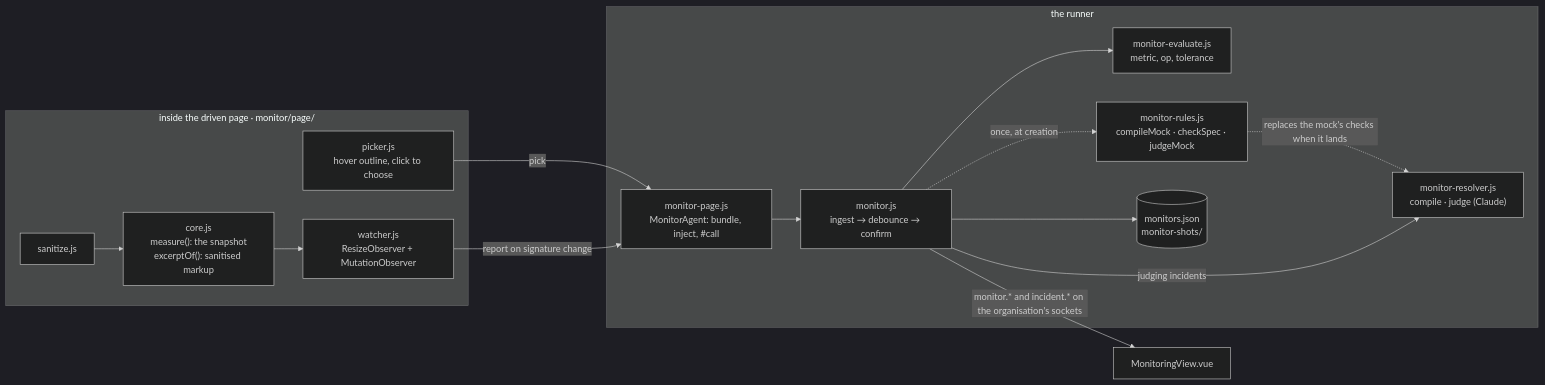
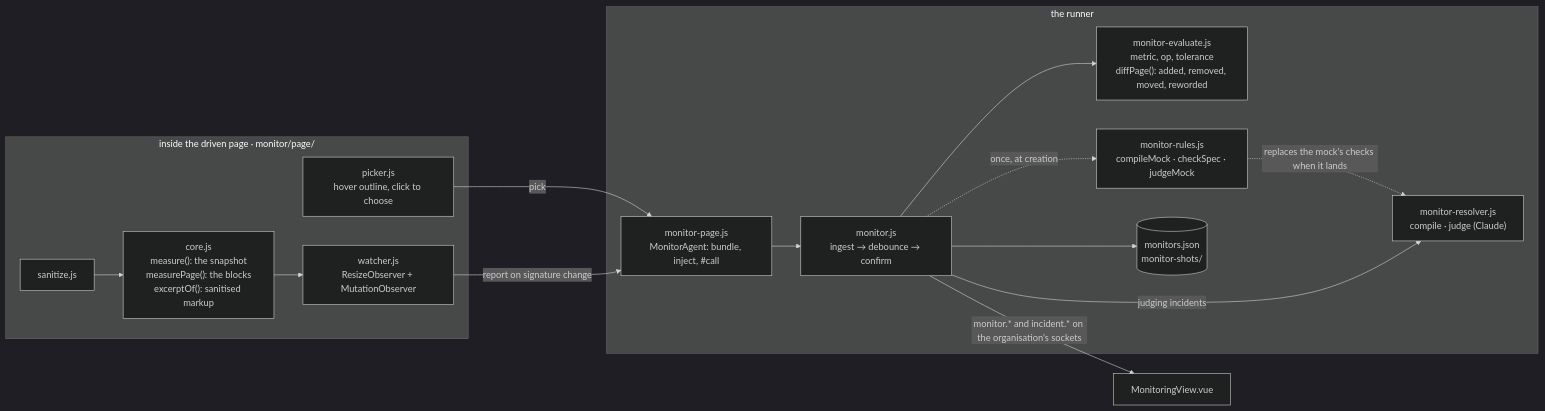
One commit to Ifthikar20/Agent-tester-qa-backend changed the fifth of 6 diagrams in docs/ARCHITECTURE.md. Above: the diagram before and after it, drawn with Mermaid (dark theme). The commit also changed other lines of this file and 7 other files, not shown here.

````diff
--- a/docs/ARCHITECTURE.md
+++ b/docs/ARCHITECTURE.md
@@ -533,29 +534,29 @@
 ```mermaid
 flowchart LR
   subgraph page["inside the driven page · monitor/page/"]
     picker["picker.js<br/>hover outline, click to choose"]
     watcher["watcher.js<br/>ResizeObserver + MutationObserver"]
-    core["core.js<br/>measure(): the snapshot<br/>excerptOf(): sanitised markup"]
+    core["core.js<br/>measure(): the snapshot<br/>measurePage(): the blocks<br/>excerptOf(): sanitised markup"]
     san["sanitize.js"]
   end
   subgraph runner["the runner"]
     agent["monitor-page.js<br/>MonitorAgent: bundle, inject, #call"]
     engine["monitor.js<br/>ingest → debounce → confirm"]
-    ev["monitor-evaluate.js<br/>metric, op, tolerance"]
+    ev["monitor-evaluate.js<br/>metric, op, tolerance<br/>diffPage(): added, removed, moved, reworded"]
     rules["monitor-rules.js<br/>compileMock · checkSpec · judgeMock"]
     res["monitor-resolver.js<br/>compile · judge (Claude)"]
     store[("monitors.json<br/>monitor-shots/")]
   end
   ui["MonitoringView.vue"]
   picker -->|"pick"| agent
   watcher -->|"report on signature change"| agent
   core --> watcher
   san --> core
   agent --> engine
   engine --> ev
   engine -.->|"once, at creation"| rules
   rules -.->|"replaces the mock's checks when it lands"| res
   engine -->|"judging incidents"| res
   engine --> store
   engine -->|"monitor.* and incident.* on the organisation's sockets"| ui
 ```
````
